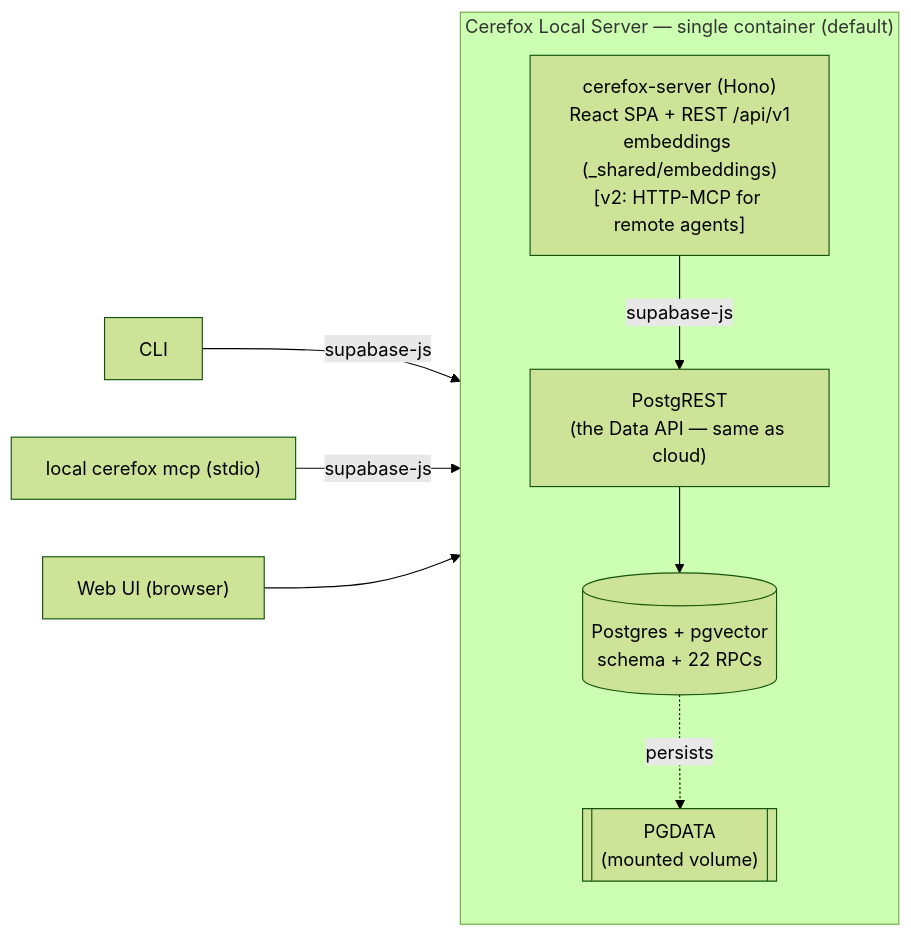
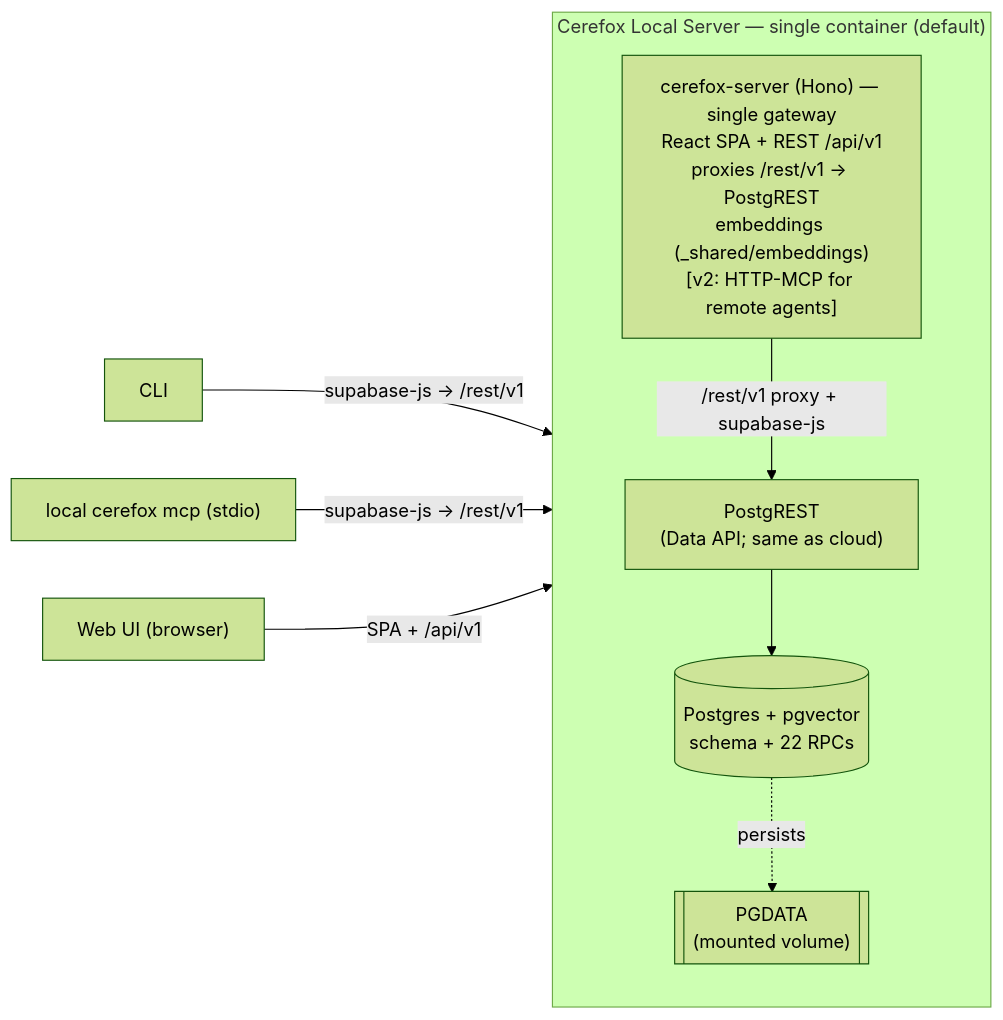
The diagram in docs/research/local-cerefox-design.md (fstamatelopoulos/cerefox), drawn with Mermaid (forest theme) before and after one commit. The commit also changed other lines of this file and 4 other files, not shown here.

First line of the commit message:
feat(local): P0 spike validated — local Cerefox on Postgres+pgvector+PostgREST

````diff
--- a/docs/research/local-cerefox-design.md
+++ b/docs/research/local-cerefox-design.md
@@ -103,21 +103,21 @@
 ```mermaid
 flowchart LR
     cli["CLI"]
     lmcp["local cerefox mcp (stdio)"]
     browser["Web UI (browser)"]
 
     subgraph appliance["Cerefox Local Server — single container (default)"]
         direction TB
-        server["cerefox-server (Hono)<br/>React SPA + REST /api/v1<br/>embeddings (_shared/embeddings)<br/>[v2: HTTP-MCP for remote agents]"]
-        postgrest["PostgREST<br/>(the Data API — same as cloud)"]
+        server["cerefox-server (Hono) — single gateway<br/>React SPA + REST /api/v1<br/>proxies /rest/v1 → PostgREST<br/>embeddings (_shared/embeddings)<br/>[v2: HTTP-MCP for remote agents]"]
+        postgrest["PostgREST<br/>(Data API; same as cloud)"]
         db[("Postgres + pgvector<br/>schema + 22 RPCs")]
         vol[["PGDATA<br/>(mounted volume)"]]
-        server -->|supabase-js| postgrest
+        server -->|"/rest/v1 proxy + supabase-js"| postgrest
         postgrest --> db
         db -. persists .-> vol
     end
 
-    cli -->|supabase-js| postgrest
-    lmcp -->|supabase-js| postgrest
-    browser --> server
+    cli -->|"supabase-js → /rest/v1"| server
+    lmcp -->|"supabase-js → /rest/v1"| server
+    browser -->|"SPA + /api/v1"| server
 ```
````
